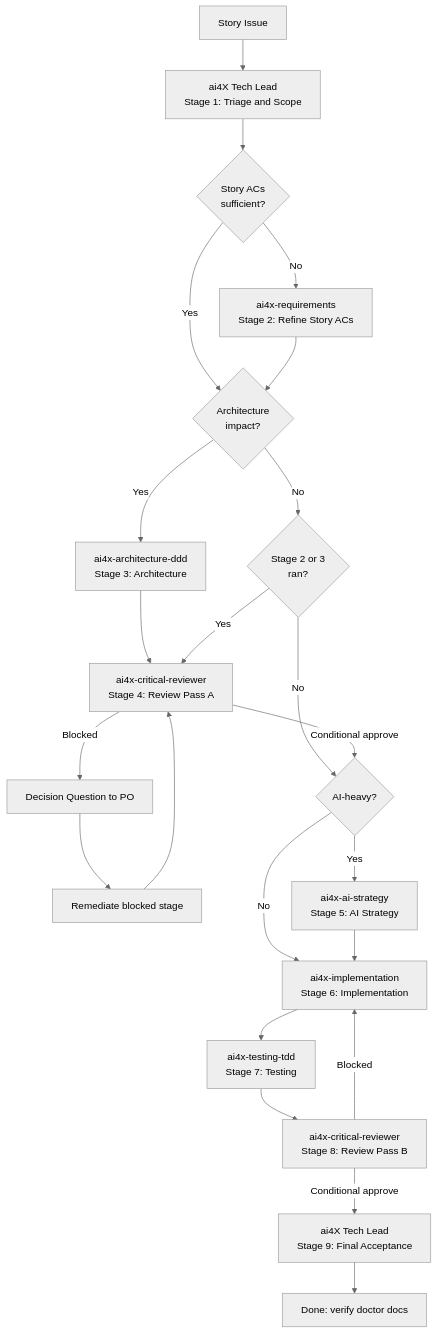
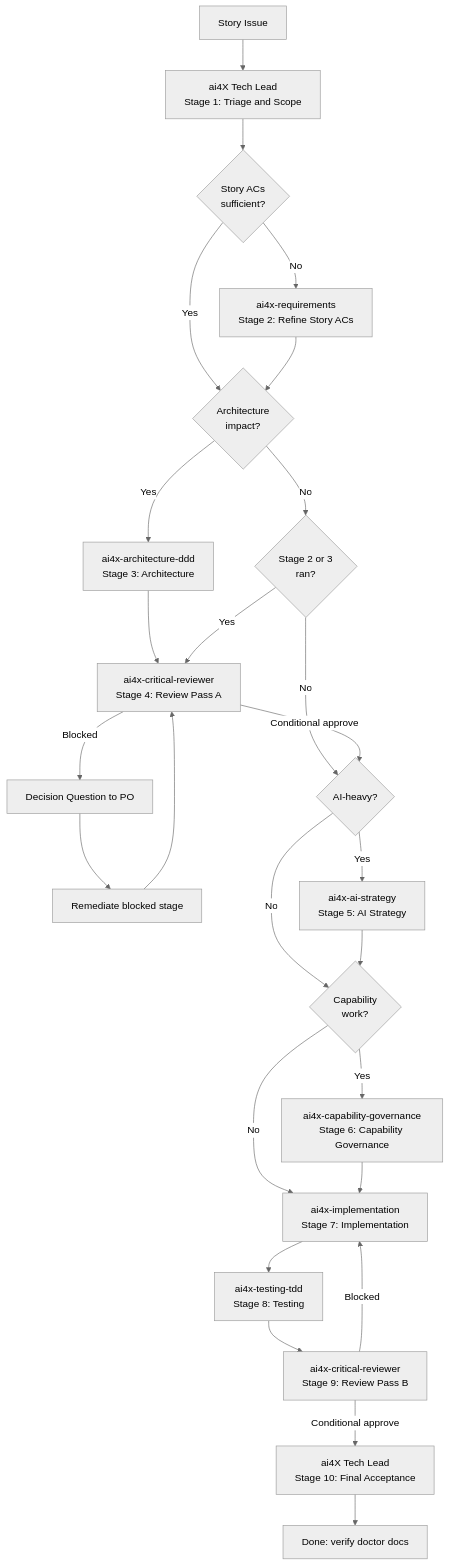
One commit to normenmueller/ai4X changed the diagram in adm/gdl/dev/protocols/workflow.md. Above: the diagram before and after it, drawn with Mermaid (neutral theme). The commit also changed other lines of this file and 9 other files, not shown here.

First line of the commit message:
feat: add capability governance agent and lifecycle governance

````diff
--- a/adm/gdl/dev/protocols/workflow.md
+++ b/adm/gdl/dev/protocols/workflow.md
@@ -253,25 +264,28 @@
 ```mermaid
 flowchart TD
 	STORY[Story Issue] --> O1[ai4X Tech Lead<br/>Stage 1: Triage and Scope]
 	O1 --> NEED_REQ{Story ACs<br/>sufficient?}
 	NEED_REQ -->|No| R[ai4x-requirements<br/>Stage 2: Refine Story ACs]
 	NEED_REQ -->|Yes| NEED_ARCH{Architecture<br/>impact?}
 	R --> NEED_ARCH
 	NEED_ARCH -->|Yes| A[ai4x-architecture-ddd<br/>Stage 3: Architecture]
 	NEED_ARCH -->|No| NEED_CRA{Stage 2 or 3<br/>ran?}
 	A --> CR1[ai4x-critical-reviewer<br/>Stage 4: Review Pass A]
 	NEED_CRA -->|Yes| CR1
 	NEED_CRA -->|No| NEED_AI{AI-heavy?}
 	CR1 -->|Blocked| DQ[Decision Question to PO]
 	DQ --> CR1_FIX[Remediate blocked stage]
 	CR1_FIX --> CR1
 	CR1 -->|Conditional approve| NEED_AI
 	NEED_AI -->|Yes| S[ai4x-ai-strategy<br/>Stage 5: AI Strategy]
-	NEED_AI -->|No| I
-	S --> I[ai4x-implementation<br/>Stage 6: Implementation]
-	I --> T[ai4x-testing-tdd<br/>Stage 7: Testing]
-	T --> CR2[ai4x-critical-reviewer<br/>Stage 8: Review Pass B]
+	NEED_AI -->|No| NEED_CAP{Capability<br/>work?}
+	S --> NEED_CAP
+	NEED_CAP -->|Yes| CG[ai4x-capability-governance<br/>Stage 6: Capability Governance]
+	NEED_CAP -->|No| I
+	CG --> I[ai4x-implementation<br/>Stage 7: Implementation]
+	I --> T[ai4x-testing-tdd<br/>Stage 8: Testing]
+	T --> CR2[ai4x-critical-reviewer<br/>Stage 9: Review Pass B]
 	CR2 -->|Blocked| I
-	CR2 -->|Conditional approve| O2[ai4X Tech Lead<br/>Stage 9: Final Acceptance]
+	CR2 -->|Conditional approve| O2[ai4X Tech Lead<br/>Stage 10: Final Acceptance]
 	O2 --> DONE[Done: verify doctor docs]
 ```
````
